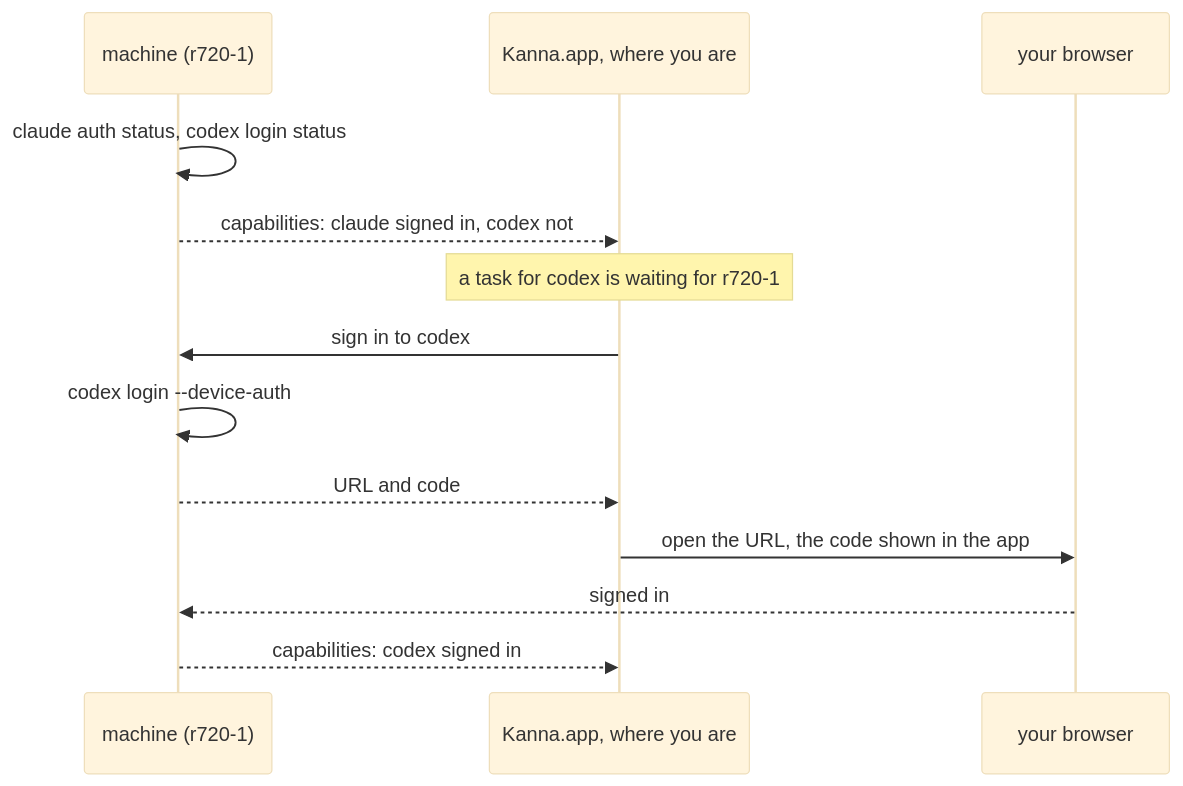
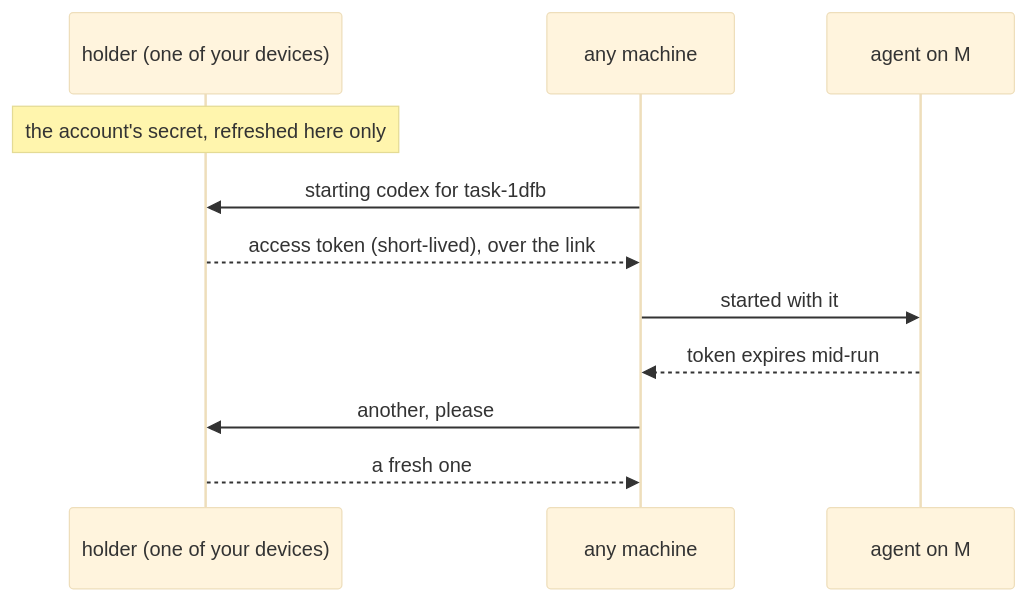
Before and after one commit to tampopogk/kanna: the diagram in docs/specs/agent-sign-in.md, drawn with Mermaid (base theme). The commit also changed other lines of this file and 1 other file, not shown here.

Commit message:
Agent sign-in: accounts are the user's, added once and usable on every machine; lasting tokens go to each machine, a refreshing login stays with one holder that hands out short-lived access tokens; no sign-in status advertised

````diff
--- a/docs/specs/agent-sign-in.md
+++ b/docs/specs/agent-sign-in.md
@@ -27,15 +26,13 @@
 ```mermaid
 sequenceDiagram
-    participant M as machine (r720-1)
-    participant APP as Kanna.app, where you are
-    participant B as your browser
-    M->>M: claude auth status, codex login status
-    M-->>APP: capabilities: claude signed in, codex not
-    Note over APP: a task for codex is waiting for r720-1
-    APP->>M: sign in to codex
-    M->>M: codex login --device-auth
-    M-->>APP: URL and code
-    APP->>B: open the URL, the code shown in the app
-    B-->>M: signed in
-    M-->>APP: capabilities: codex signed in
+    participant H as holder (one of your devices)
+    participant M as any machine
+    participant AG as agent on M
+    Note over H: the account's secret, refreshed here only
+    M->>H: starting codex for task-1dfb
+    H-->>M: access token (short-lived), over the link
+    M->>AG: started with it
+    AG-->>M: token expires mid-run
+    M->>H: another, please
+    H-->>M: a fresh one
 ```
````
